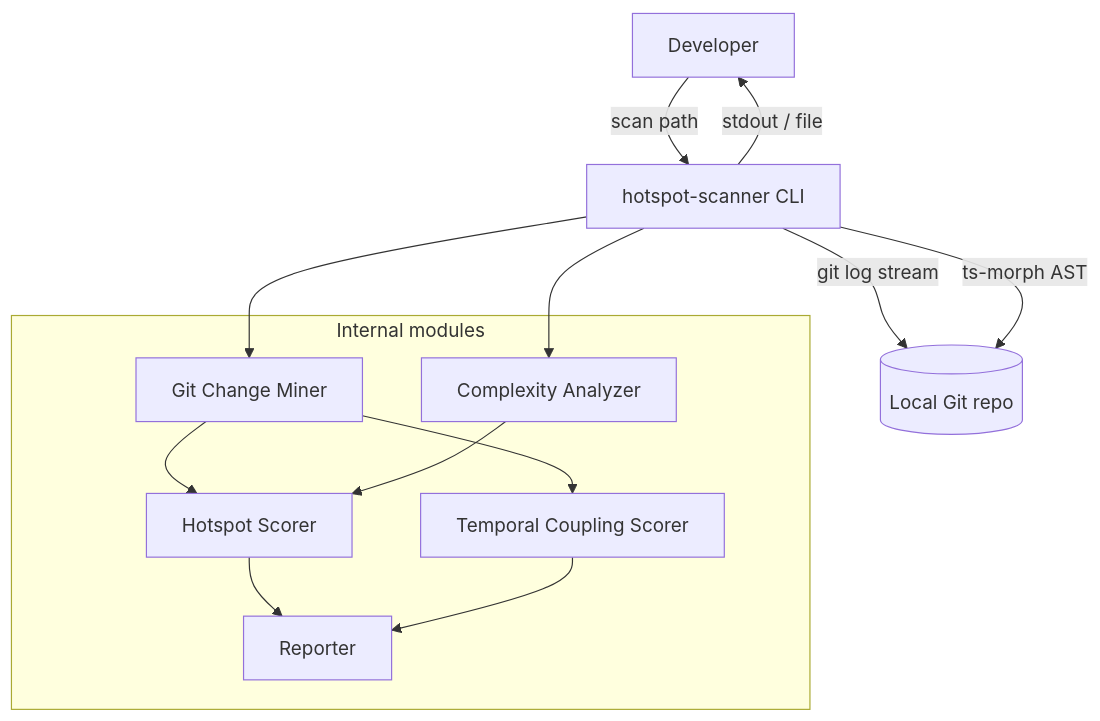
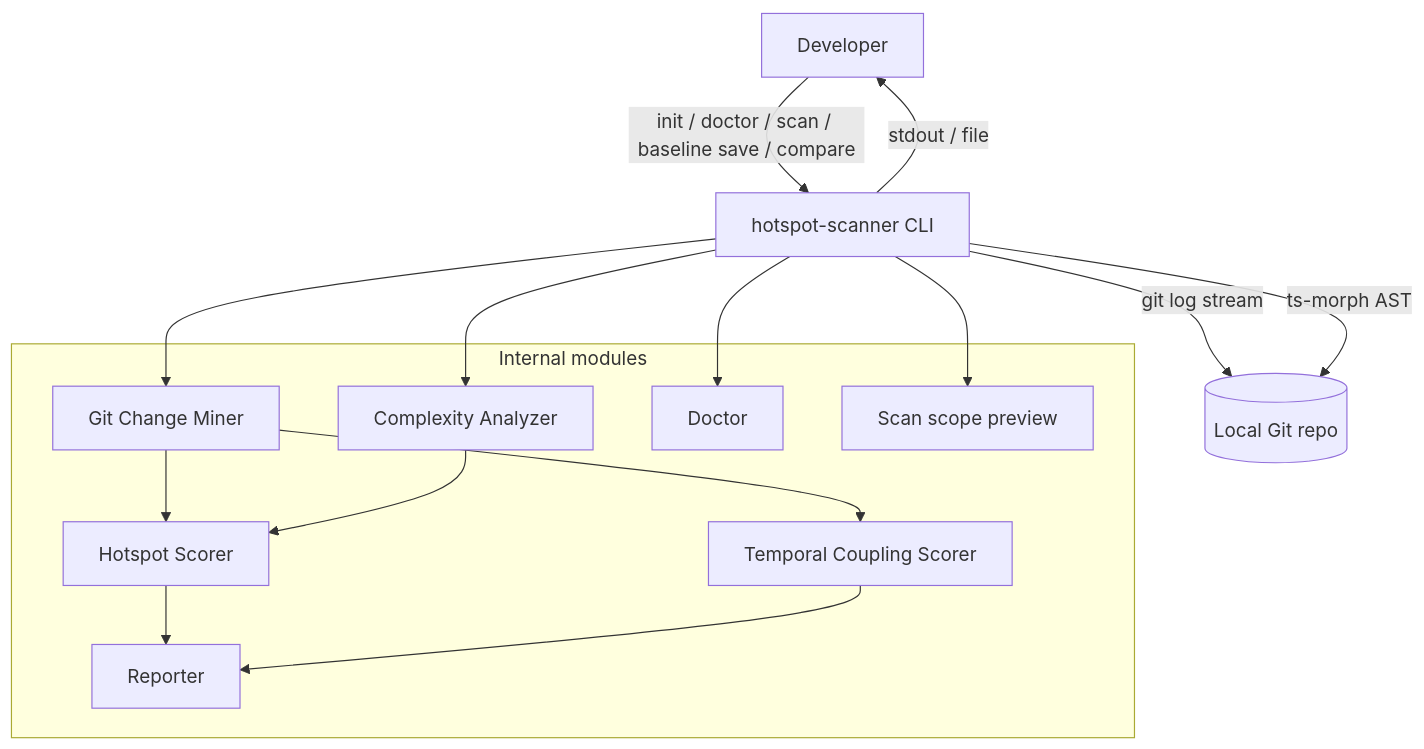
Before and after one commit to AlanTaranti/hotspot-scanner: the first of 3 diagrams in .specs/codebase/ARCHITECTURE.md, drawn with Mermaid. The commit also changed other lines of this file and 96 other files, not shown here.

````diff
--- a/.specs/codebase/ARCHITECTURE.md
+++ b/.specs/codebase/ARCHITECTURE.md
@@ -5,27 +5,31 @@
 ```mermaid
 flowchart TB
   Dev[Developer]
   CLI[hotspot-scanner CLI]
   Repo[(Local Git repo)]
 
-  Dev -->|"scan path"| CLI
+  Dev -->|"init / doctor / scan / baseline save / compare"| CLI
   CLI -->|"git log stream"| Repo
   CLI -->|"ts-morph AST"| Repo
   CLI -->|"stdout / file"| Dev
 
   subgraph internal [Internal modules]
     GitMiner[Git Change Miner]
     Complexity[Complexity Analyzer]
     Hotspot[Hotspot Scorer]
     Coupling[Temporal Coupling Scorer]
     Reporter[Reporter]
+    Doctor[Doctor]
+    ScanPreview[Scan scope preview]
   end
 
+  CLI --> Doctor
+  CLI --> ScanPreview
   CLI --> GitMiner
   CLI --> Complexity
   GitMiner --> Hotspot
   GitMiner --> Coupling
   Complexity --> Hotspot
   Hotspot --> Reporter
   Coupling --> Reporter
 ```
````
